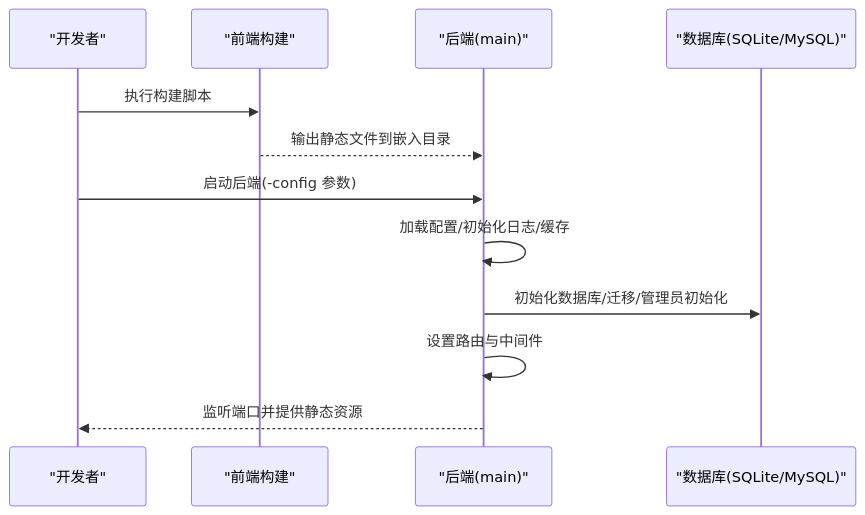
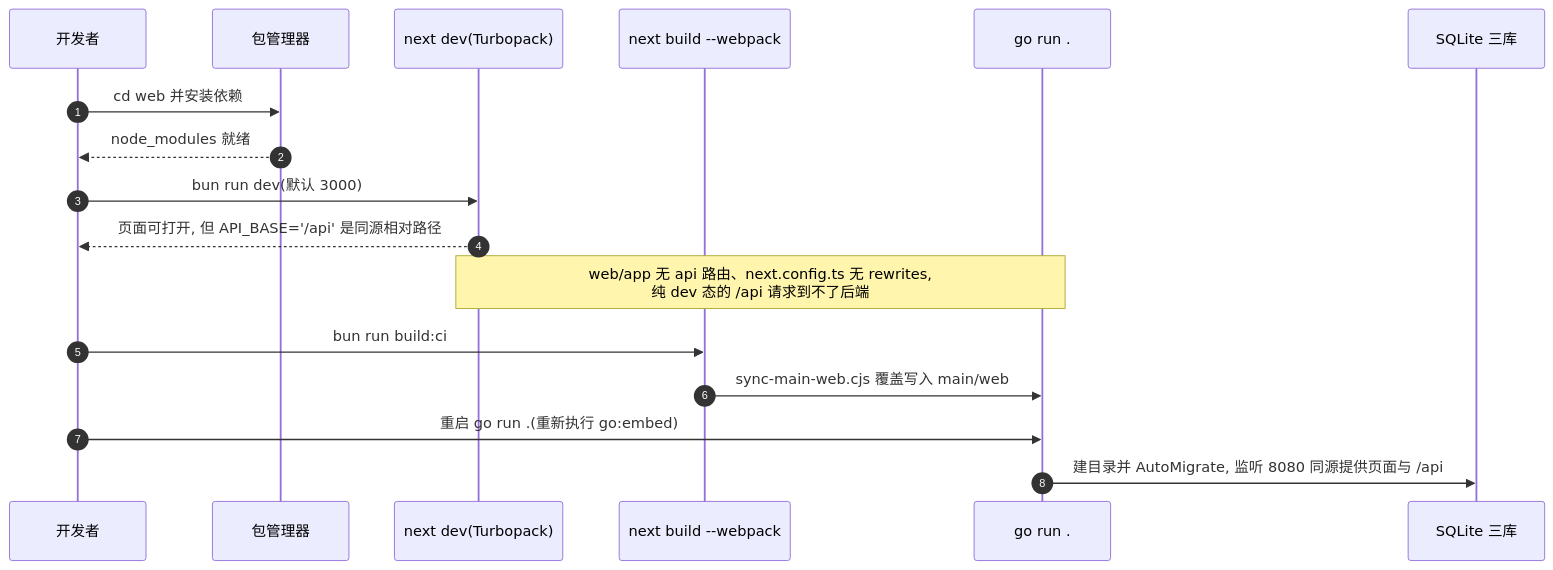
One commit to x01n/dnsplane changed the second of 5 diagrams in docs/快速开始.md. Above: the diagram before and after it, drawn with Mermaid. The commit also changed other lines of this file and 326 other files, not shown here.

````diff
--- a/docs/快速开始.md
+++ b/docs/快速开始.md
@@ -89,14 +172,19 @@
 ```mermaid
 sequenceDiagram
-participant Dev as "开发者"
-participant Front as "前端构建"
-participant Backend as "后端(main)"
-participant DB as "数据库(SQLite/MySQL)"
-Dev->>Front : 执行构建脚本
-Front-->>Backend : 输出静态文件到嵌入目录
-Dev->>Backend : 启动后端(-config 参数)
-Backend->>Backend : 加载配置/初始化日志/缓存
-Backend->>DB : 初始化数据库/迁移/管理员初始化
-Backend->>Backend : 设置路由与中间件
-Backend-->>Dev : 监听端口并提供静态资源
+  autonumber
+  participant DEV as 开发者
+  participant NPM as 包管理器
+  participant NEXT as next dev(Turbopack)
+  participant BUILD as next build --webpack
+  participant GO as go run .
+  participant DB as SQLite 三库
+  DEV->>NPM: cd web 并安装依赖
+  NPM-->>DEV: node_modules 就绪
+  DEV->>NEXT: bun run dev(默认 3000)
+  NEXT-->>DEV: 页面可打开, 但 API_BASE='/api' 是同源相对路径
+  Note over NEXT,GO: web/app 无 api 路由、next.config.ts 无 rewrites,<br/>纯 dev 态的 /api 请求到不了后端
+  DEV->>BUILD: bun run build:ci
+  BUILD->>GO: sync-main-web.cjs 覆盖写入 main/web
+  DEV->>GO: 重启 go run .(重新执行 go:embed)
+  GO->>DB: 建目录并 AutoMigrate, 监听 8080 同源提供页面与 /api
 ```
````
